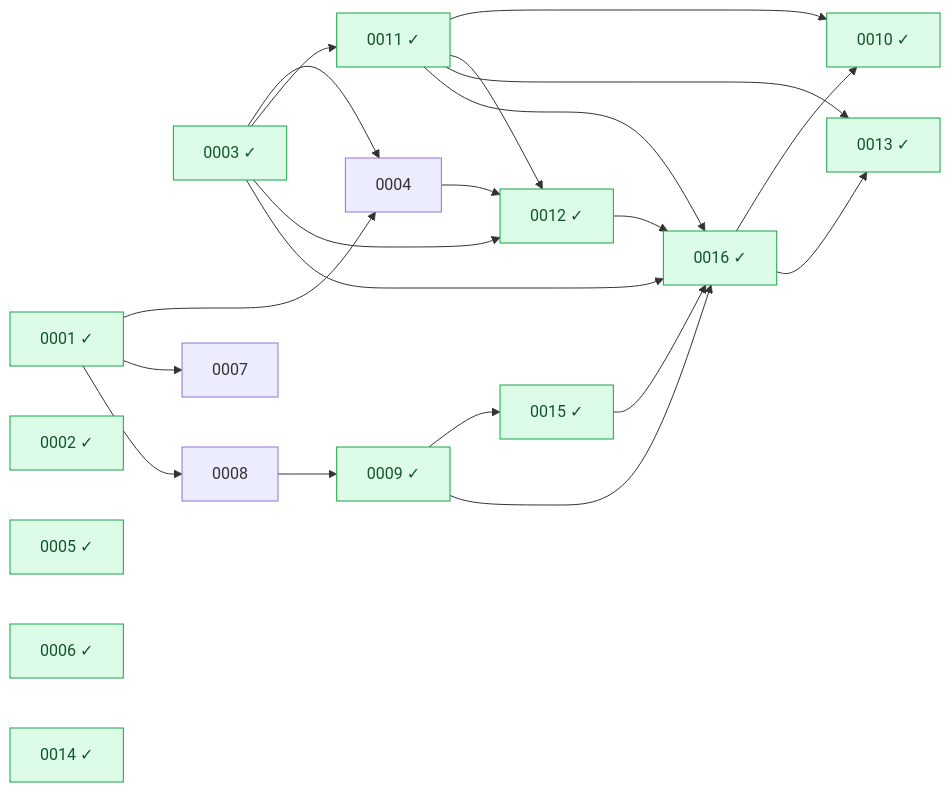
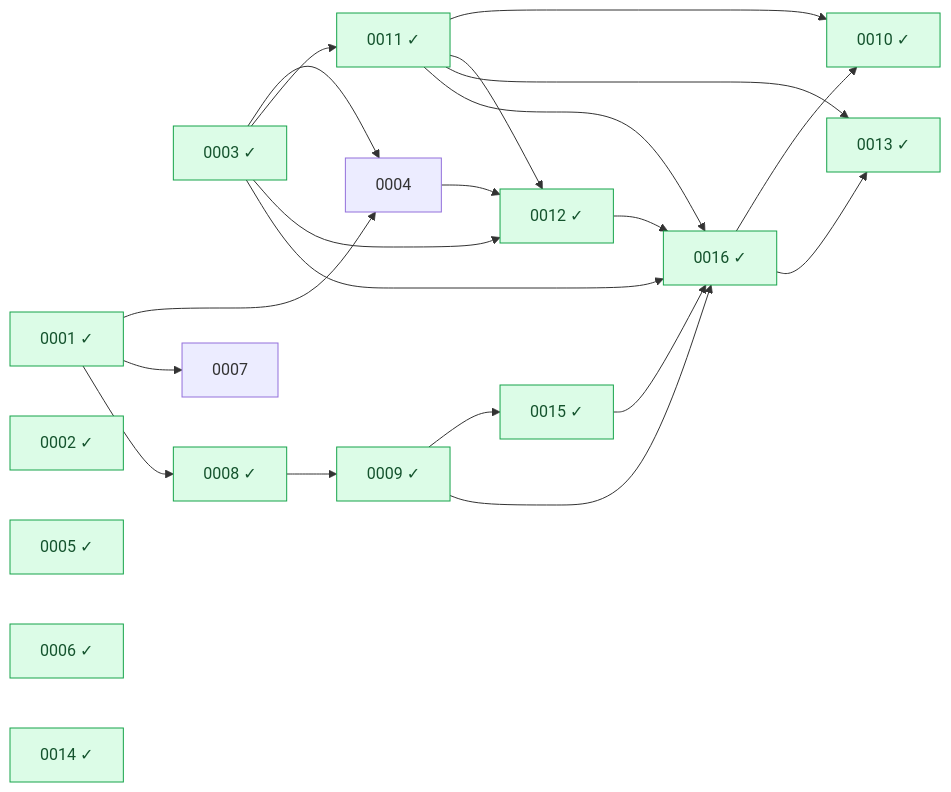
One commit to Heva-Co/piro changed the diagram in docs/rfcs/README.md. Above: the diagram before and after it, drawn with Mermaid. The commit also changed other lines of this file and 1 other file, not shown here.

````diff
--- a/docs/rfcs/README.md
+++ b/docs/rfcs/README.md
@@ -40,52 +40,53 @@
 ```mermaid
 graph LR
   n0001["0001 ✓"]
   n0002["0002 ✓"]
   n0003["0003 ✓"]
   n0004["0004"]
   n0005["0005 ✓"]
   n0006["0006 ✓"]
   n0007["0007"]
-  n0008["0008"]
+  n0008["0008 ✓"]
   n0009["0009 ✓"]
   n0010["0010 ✓"]
   n0011["0011 ✓"]
   n0012["0012 ✓"]
   n0013["0013 ✓"]
   n0014["0014 ✓"]
   n0015["0015 ✓"]
   n0016["0016 ✓"]
   n0001 --> n0004
   n0003 --> n0004
   n0001 --> n0007
   n0001 --> n0008
   n0008 --> n0009
   n0011 --> n0010
   n0016 --> n0010
   n0003 --> n0011
   n0003 --> n0012
   n0004 --> n0012
   n0011 --> n0012
   n0011 --> n0013
   n0016 --> n0013
   n0009 --> n0015
   n0003 --> n0016
   n0009 --> n0016
   n0011 --> n0016
   n0012 --> n0016
   n0015 --> n0016
   classDef done fill:#dcfce7,stroke:#16a34a,color:#14532d;
   class n0001 done;
   class n0002 done;
   class n0003 done;
   class n0005 done;
   class n0006 done;
+  class n0008 done;
   class n0009 done;
   class n0010 done;
   class n0011 done;
   class n0012 done;
   class n0013 done;
   class n0014 done;
   class n0015 done;
   class n0016 done;
 ```
````
